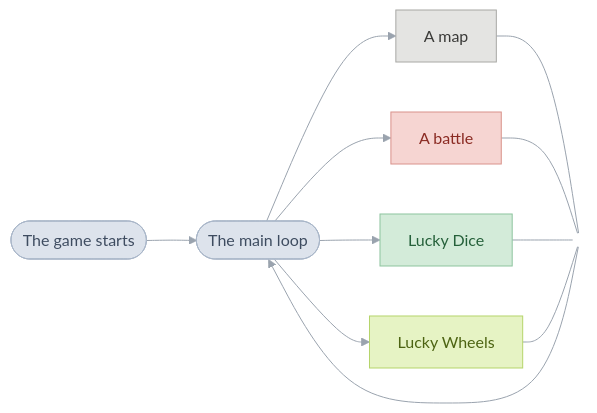
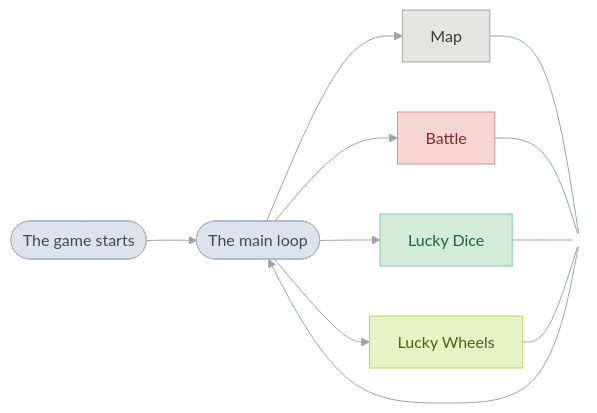
The diagram in games/tbs/README.md (PascalPixel/alchemy), drawn with Mermaid before and after one commit.

Commit message:
Front page: the chart's boxes are Map and Battle

````diff
--- a/games/tbs/README.md
+++ b/games/tbs/README.md
@@ -8,27 +8,27 @@
 ```mermaid
 %%{init: {"theme": "base", "themeVariables": {"lineColor": "#9AA3AE"}, "flowchart": {"curve": "basis", "padding": 14}}}%%
 flowchart LR
   start(["The game starts"]) --> loop(["The main loop"])
-  loop --> map["A map"]
-  loop --> battle["A battle"]
+  loop --> map["Map"]
+  loop --> battle["Battle"]
   loop --> dice["Lucky Dice"]
   loop --> wheels["Lucky Wheels"]
   map --- back(( ))
   battle --- back
   dice --- back
   wheels --- back
   back --> loop
   classDef flow fill:#DDE3EC,stroke:#A9B6C8,color:#3E4C60
   classDef field fill:#E4E4E2,stroke:#A8A8A4,color:#3A3A38
   classDef fight fill:#F6D5D2,stroke:#D9928B,color:#8A2A22
   classDef dice fill:#D3EBD9,stroke:#8DC49E,color:#25603A
   classDef wheels fill:#E6F3C4,stroke:#B5D46A,color:#4C6312
   classDef join fill:transparent,stroke:transparent
   class start,loop flow
   class map field
   class battle fight
   class dice dice
   class wheels wheels
   class back join
   style back width:1px,height:1px
 ```
````
